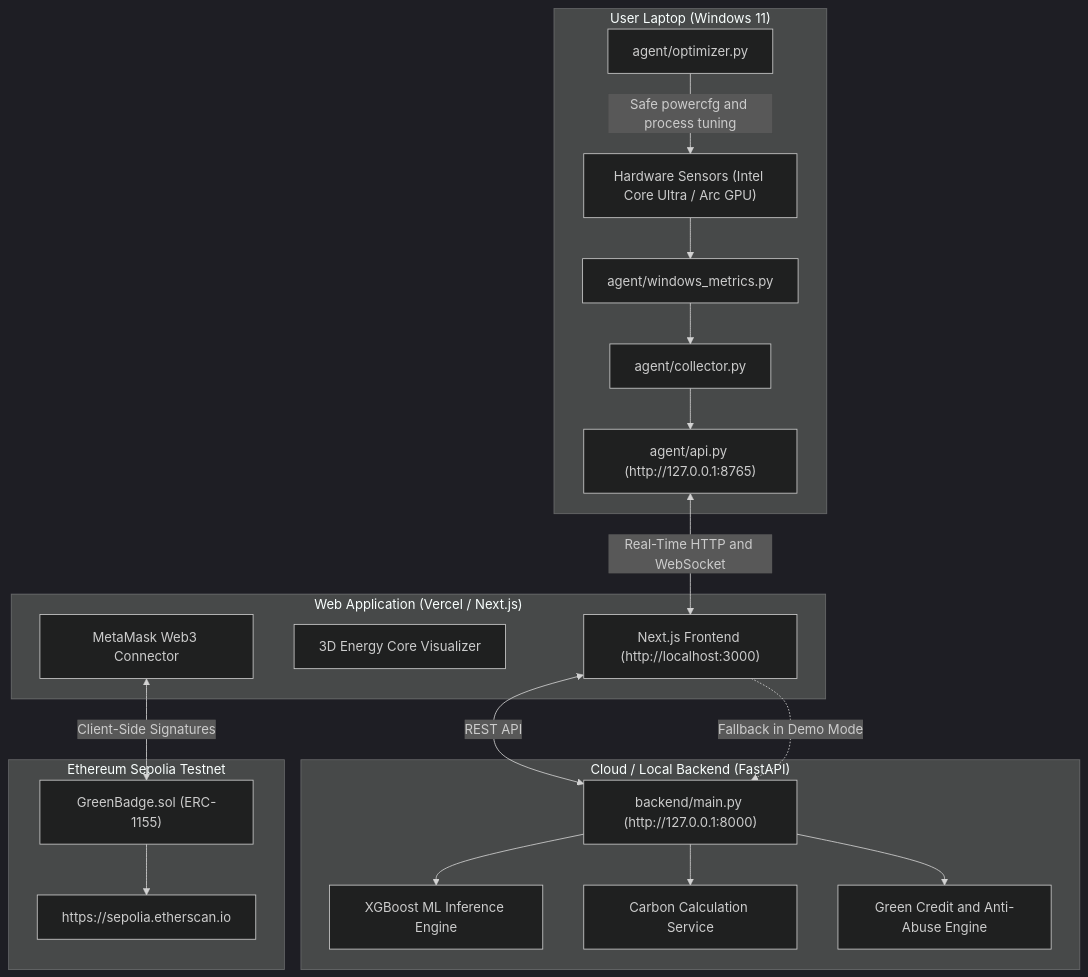
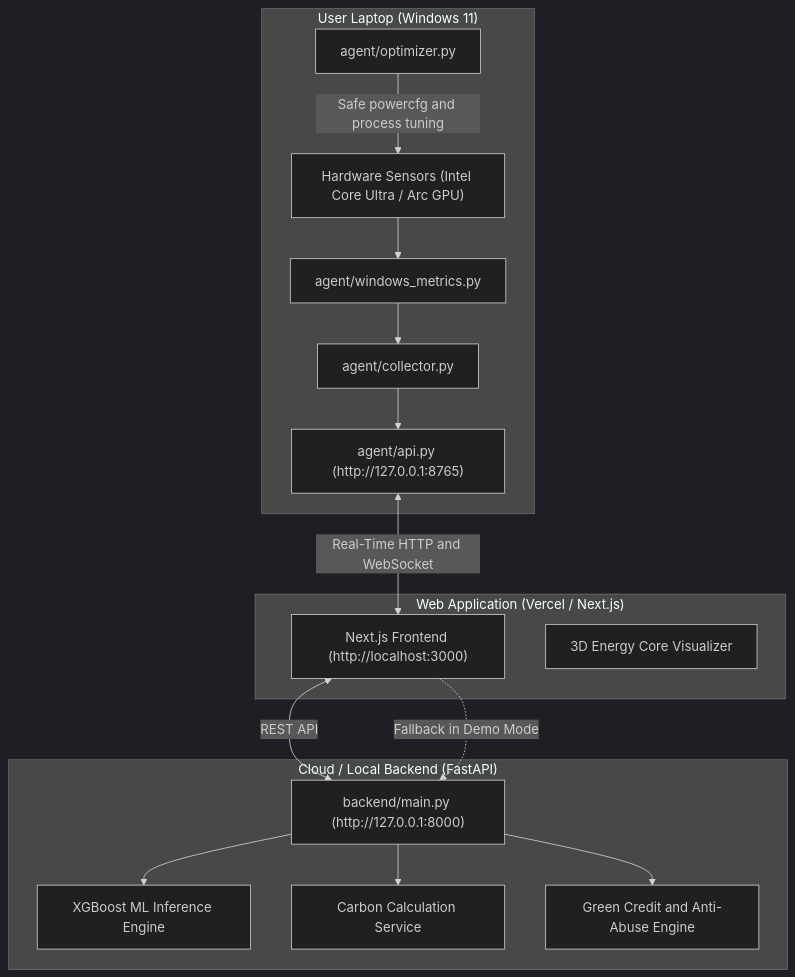
One commit to Joshan2007/greenledger1.0 changed the diagram in docs/architecture.md. Above: the diagram before and after it, drawn with Mermaid (dark theme). The commit also changed other lines of this file and 6 other files, not shown here.

````diff
--- a/docs/architecture.md
+++ b/docs/architecture.md
@@ -10,36 +10,28 @@
 ```mermaid
 flowchart TD
     subgraph "User Laptop (Windows 11)"
         HW["Hardware Sensors (Intel Core Ultra / Arc GPU)"] --> Metrics["agent/windows_metrics.py"]
         Metrics --> Collector["agent/collector.py"]
         Collector --> LocalAPI["agent/api.py (http://127.0.0.1:8765)"]
         Optimizer["agent/optimizer.py"] --> |"Safe powercfg and process tuning"| HW
     end
 
     subgraph "Web Application (Vercel / Next.js)"
         UI["Next.js Frontend (http://localhost:3000)"]
         Three["3D Energy Core Visualizer"]
-        Web3["MetaMask Web3 Connector"]
     end
 
     subgraph "Cloud / Local Backend (FastAPI)"
         Backend["backend/main.py (http://127.0.0.1:8000)"]
         MLService["XGBoost ML Inference Engine"]
         CarbonService["Carbon Calculation Service"]
         CreditService["Green Credit and Anti-Abuse Engine"]
     end
 
-    subgraph "Ethereum Sepolia Testnet"
-        Contract["GreenBadge.sol (ERC-1155)"]
-        Explorer["https://sepolia.etherscan.io"]
-    end
-
     LocalAPI <--> |"Real-Time HTTP and WebSocket"| UI
     UI <--> |"REST API"| Backend
     Backend --> MLService
     Backend --> CarbonService
     Backend --> CreditService
-    Web3 <--> |"Client-Side Signatures"| Contract
-    Contract --> Explorer
     UI -.-> |"Fallback in Demo Mode"| Backend
 ```
````
